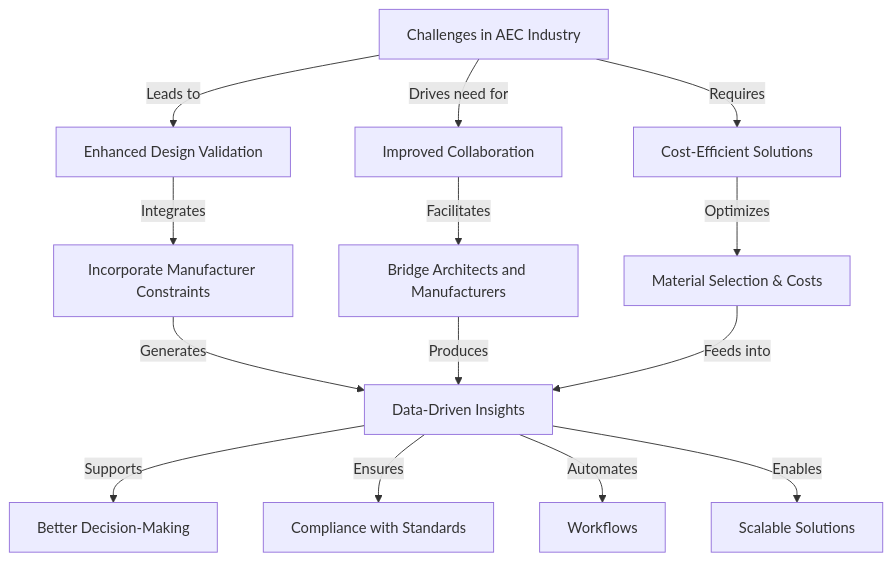
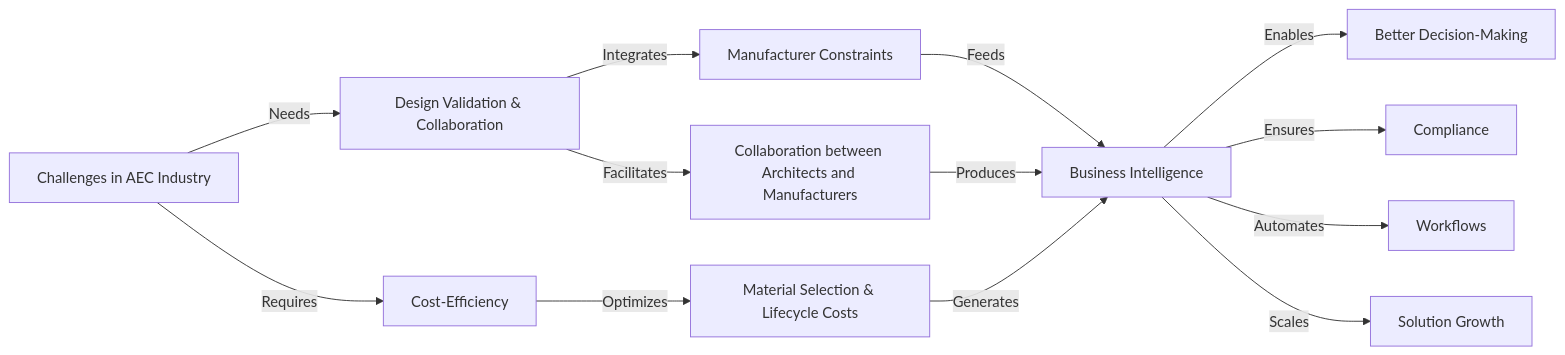
The first of 4 diagrams in README.md (jan-casas/vsc-compute-dash), drawn with Mermaid before and after one commit. The commit also changed other lines of this file, not shown here.

````diff
--- a/README.md
+++ b/README.md
@@ -76,24 +76,21 @@
 ```mermaid
-graph TD
-    A[Challenges in AEC Industry] -->|Leads to| B[Enhanced Design Validation]
-    A -->|Drives need for| C[Improved Collaboration]
-    A -->|Requires| D[Cost-Efficient Solutions]
-
-    %% Core Concepts
-    B -->|Integrates| E[Incorporate Manufacturer Constraints]
-    C -->|Facilitates| F[Bridge Architects and Manufacturers]
-    D -->|Optimizes| G[Material Selection & Costs]
-
-    %% Business Intelligence Links
-    E -->|Generates| H[Data-Driven Insights]
-    F -->|Produces| H
-    G -->|Feeds into| H
-
-    %% Business Intelligence Benefits
-    H -->|Supports| I[Better Decision-Making]
-    H -->|Ensures| J[Compliance with Standards]
-    H -->|Automates| K[Workflows]
-    H -->|Enables| L[Scalable Solutions]
+graph LR
+    A[Challenges in AEC Industry]
+%% Core Clusters
+    A -->|Needs| B[Design Validation & Collaboration]
+    A -->|Requires| C[Cost-Efficiency]
+    B -->|Integrates| D[Manufacturer Constraints]
+    B -->|Facilitates| E[Collaboration between Architects and Manufacturers]
+    C -->|Optimizes| F[Material Selection & Lifecycle Costs]
+%% Business Intelligence Cluster
+    D -->|Feeds| G[Business Intelligence]
+    E -->|Produces| G
+    F -->|Generates| G
+%% Business Intelligence Benefits
+    G -->|Enables| H[Better Decision-Making]
+    G -->|Ensures| I[Compliance]
+    G -->|Automates| J[Workflows]
+    G -->|Scales| K[Solution Growth]
 
 
 ```
````
